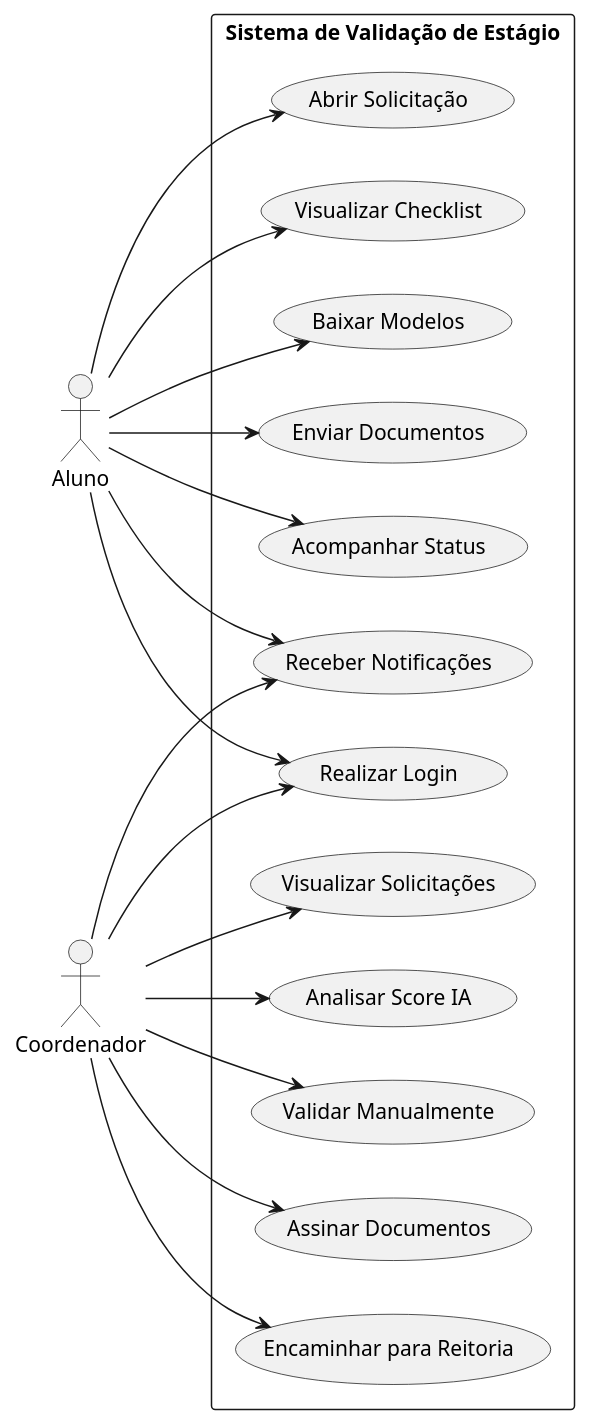
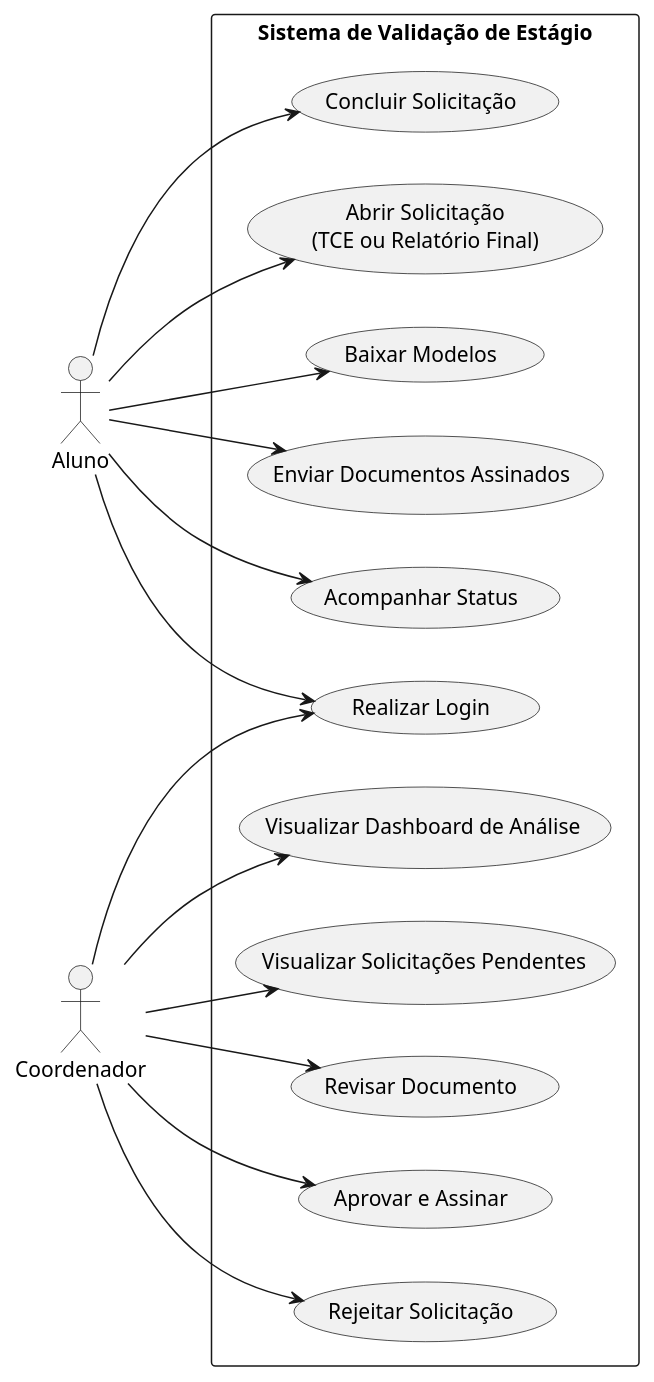
One commit to mgff01/back-end_vercel changed the diagram in mkdocs/Elaboracao/casos_de_uso.md. Above: the diagram before and after it, drawn with PlantUML. The commit also changed other lines of this file and 5 other files, not shown here.

````diff
--- a/mkdocs/Elaboracao/casos_de_uso.md
+++ b/mkdocs/Elaboracao/casos_de_uso.md
@@ -22,40 +22,37 @@
 ```plantuml
 @startuml
 left to right direction
 
 actor Aluno
 actor Coordenador
 
 rectangle "Sistema de Validação de Estágio" {
     usecase "Realizar Login" as UC1
-    usecase "Abrir Solicitação" as UC2
-    usecase "Visualizar Checklist" as UC3
-    usecase "Baixar Modelos" as UC4
-    usecase "Enviar Documentos" as UC5
-    usecase "Acompanhar Status" as UC6
-    usecase "Receber Notificações" as UC7
+    usecase "Abrir Solicitação\n(TCE ou Relatório Final)" as UC2
+    usecase "Baixar Modelos" as UC3
+    usecase "Enviar Documentos Assinados" as UC4
+    usecase "Acompanhar Status" as UC5
+    usecase "Concluir Solicitação" as UC6
 
-    usecase "Visualizar Solicitações" as UC8
-    usecase "Analisar Score IA" as UC9
-    usecase "Validar Manualmente" as UC10
-    usecase "Assinar Documentos" as UC11
-    usecase "Encaminhar para Reitoria" as UC12
+    usecase "Visualizar Solicitações Pendentes" as UC7
+    usecase "Revisar Documento" as UC8
+    usecase "Aprovar e Assinar" as UC9
+    usecase "Rejeitar Solicitação" as UC10
+    usecase "Visualizar Dashboard de Análise" as UC11
 }
 
 Aluno --> UC1
 Aluno --> UC2
 Aluno --> UC3
 Aluno --> UC4
 Aluno --> UC5
 Aluno --> UC6
-Aluno --> UC7
 
 Coordenador --> UC1
+Coordenador --> UC7
 Coordenador --> UC8
 Coordenador --> UC9
 Coordenador --> UC10
 Coordenador --> UC11
-Coordenador --> UC12
-Coordenador --> UC7
 @enduml
 ```
````
